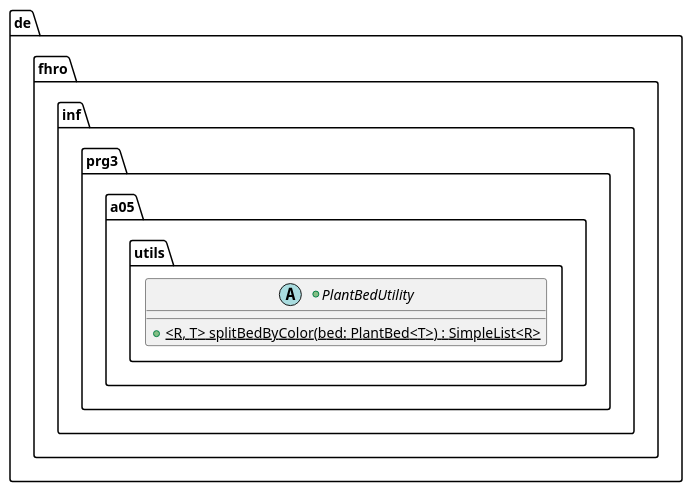
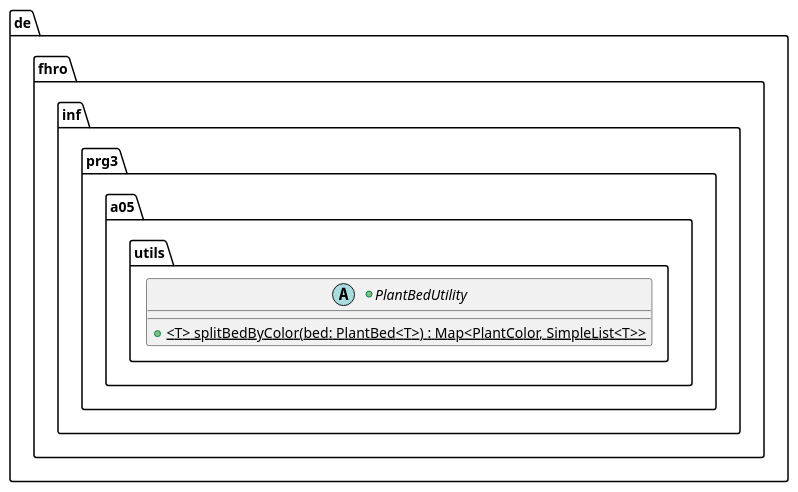
One commit to studlinnth6233/05-generic-bounds changed the diagram in assets/class-spec-3.plantuml. Above: the diagram before and after it, drawn with PlantUML. The commit also changed 2 other files, not shown here.

```diff
--- a/assets/class-spec-3.plantuml
+++ b/assets/class-spec-3.plantuml
@@ -1,7 +1,7 @@
 @startuml
 package de.fhro.inf.prg3.a05.utils {
     +abstract class PlantBedUtility{
-        +{static} <R, T> splitBedByColor(bed: PlantBed<T>) : SimpleList<R>
+        +{static} <T> splitBedByColor(bed: PlantBed<T>) : Map<PlantColor, SimpleList<T>>
     }
 }
 @enduml
```
